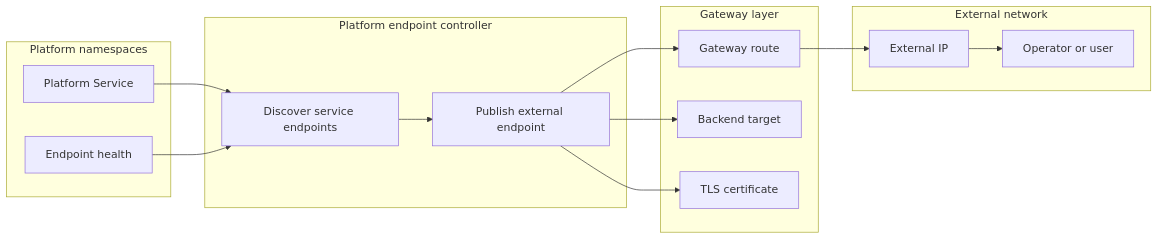
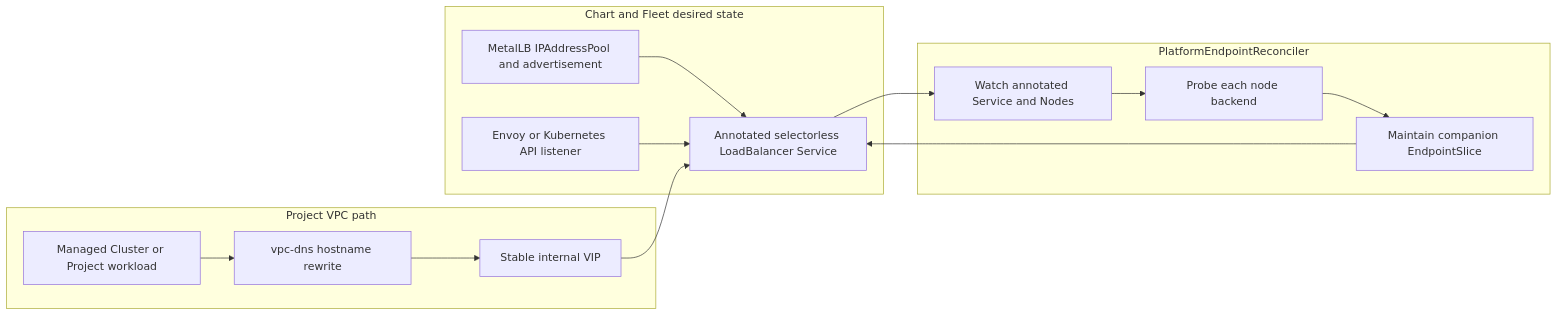
The fifth of 5 diagrams in docs/platform/controller-diagram.md (kube-dc/kube-dc-public), drawn with Mermaid before and after one commit. The commit also changed other lines of this file and 150 other files, not shown here.

````diff
--- a/docs/platform/controller-diagram.md
+++ b/docs/platform/controller-diagram.md
@@ -214,32 +223,29 @@
 ```mermaid
 flowchart LR
-  subgraph PlatformNS["Platform namespaces"]
-    Service["Platform Service"]
-    Health["Endpoint health"]
+  accTitle: Platform endpoint reconciliation
+  accDescr: Fleet owns endpoint resources, while the endpoint controller probes eligible nodes and maintains the selectorless Service EndpointSlice used by the Gateway.
+  subgraph Desired["Chart and Fleet desired state"]
+    Pool["MetalLB IPAddressPool and advertisement"]
+    Service["Annotated selectorless LoadBalancer Service"]
+    Gateway["Envoy or Kubernetes API listener"]
   end
 
-  subgraph EndpointCtl["Platform endpoint controller"]
-    Discovery["Discover service endpoints"]
-    Publish["Publish external endpoint"]
+  subgraph EndpointCtl["PlatformEndpointReconciler"]
+    Watch["Watch annotated Service and Nodes"]
+    Probe["Probe each node backend"]
+    Slice["Maintain companion EndpointSlice"]
   end
 
-  subgraph Gateway["Gateway layer"]
-    Route["Gateway route"]
-    Backend["Backend target"]
-    Cert["TLS certificate"]
+  subgraph ProjectPath["Project VPC path"]
+    DNS["vpc-dns hostname rewrite"]
+    VIP["Stable internal VIP"]
+    Client["Managed Cluster or Project workload"]
   end
 
-  subgraph Network["External network"]
-    EIP["External IP"]
-    User["Operator or user"]
-  end
-
-  Service --> Discovery
-  Health --> Discovery
-  Discovery --> Publish
-  Publish --> Route
-  Publish --> Backend
-  Publish --> Cert
-  Route --> EIP
-  EIP --> User
+  Pool --> Service
+  Gateway --> Service
+  Service --> Watch
+  Watch --> Probe --> Slice
+  Slice --> Service
+  Client --> DNS --> VIP --> Service
 ```
````
